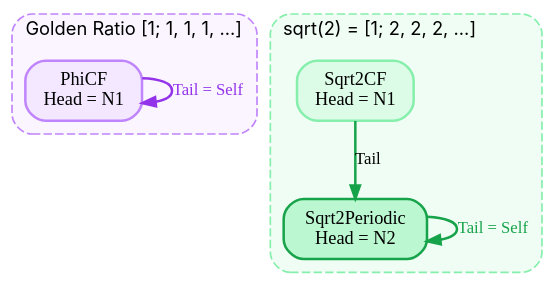
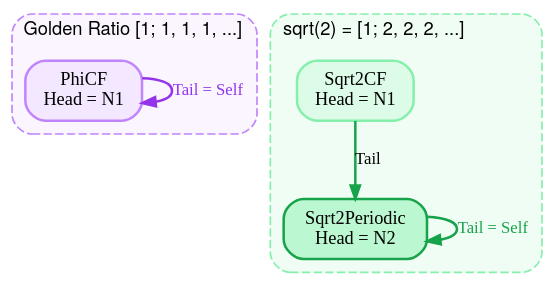
Before and after one commit to jakebromberg/misuse-of-notation: the diagram in tutorial/diagrams/coinductive-stream.dot, drawn with Graphviz. The commit also changed 11 other files, not shown here.

```diff
--- a/tutorial/diagrams/coinductive-stream.dot
+++ b/tutorial/diagrams/coinductive-stream.dot
@@ -1,48 +1,48 @@
 // Coinductive streams: PhiCF self-loop, Sqrt2CF -> Sqrt2Periodic self-loop
 digraph coinductive_stream {
   bgcolor="transparent";
   node [
-    fontname="Source Code Pro"
+    fontname="Menlo"
     fontsize=11
     shape=box
     style="rounded,filled"
     fillcolor="#f5f5f4"
     color="#d6d3d1"
     penwidth=1.5
   ];
   edge [
-    fontname="Source Code Pro"
+    fontname="Menlo"
     fontsize=10
     penwidth=1.5
     arrowsize=0.8
   ];
 
   subgraph cluster_phi {
     label="Golden Ratio [1; 1, 1, 1, ...]";
     labeljust=l;
-    fontname="Inter";
+    fontname="Helvetica Neue";
     fontsize=11;
     style="rounded,dashed";
     color="#c084fc";
     bgcolor="#faf5ff";
 
     phi [label="PhiCF\nHead = N1" fillcolor="#f3e8ff" color="#c084fc"];
     phi -> phi [label="Tail = Self" color="#9333ea" fontcolor="#9333ea"];
   }
 
   subgraph cluster_sqrt2 {
     label="sqrt(2) = [1; 2, 2, 2, ...]";
     labeljust=l;
-    fontname="Inter";
+    fontname="Helvetica Neue";
     fontsize=11;
     style="rounded,dashed";
     color="#86efac";
     bgcolor="#f0fdf4";
 
     sqrt2 [label="Sqrt2CF\nHead = N1" fillcolor="#dcfce7" color="#86efac"];
     periodic [label="Sqrt2Periodic\nHead = N2" fillcolor="#bbf7d0" color="#16a34a"];
 
     sqrt2 -> periodic [label="Tail" color="#16a34a"];
     periodic -> periodic [label="Tail = Self" color="#16a34a" fontcolor="#16a34a"];
   }
 }
```
